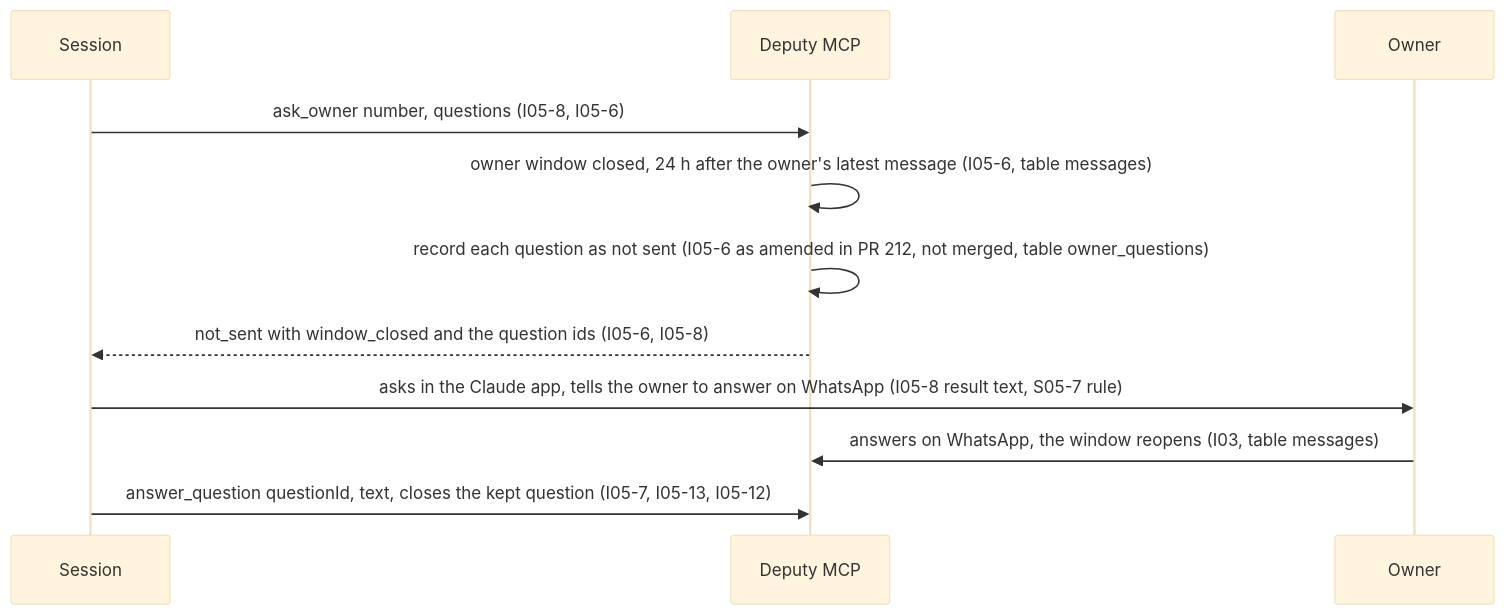
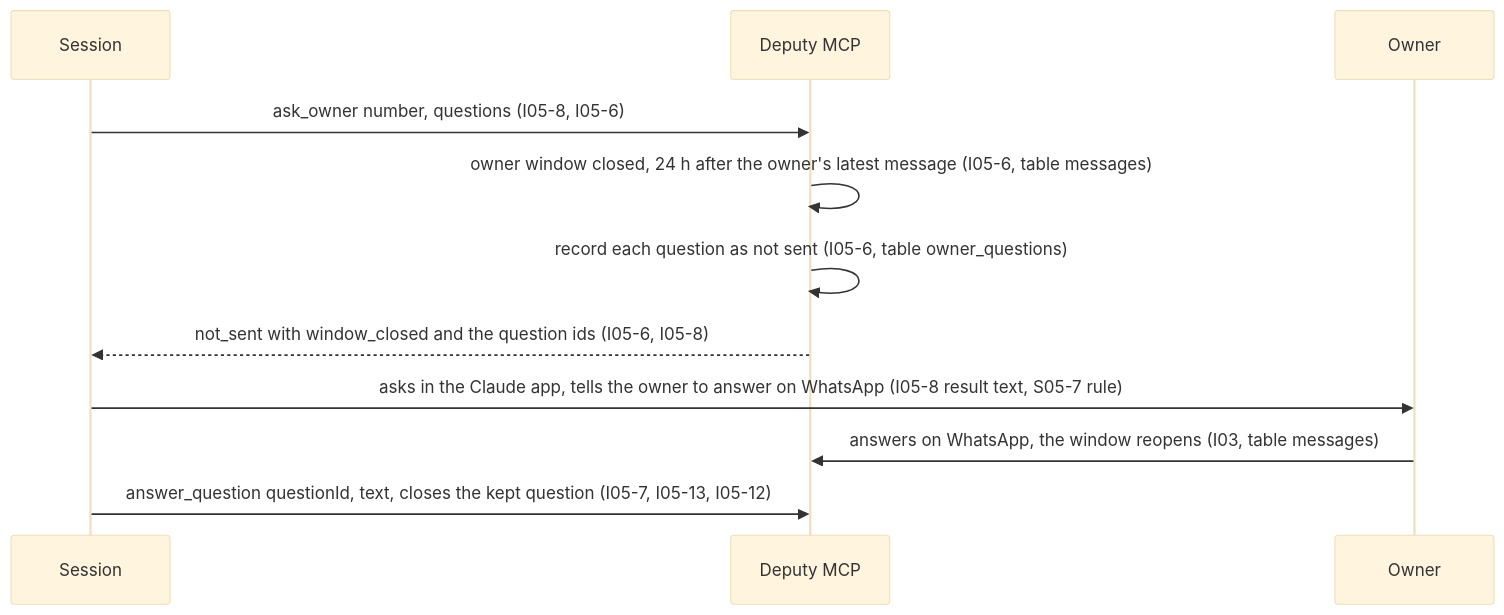
Before and after one commit to antonygiomarxdev/deputy: the sixth of 15 diagrams in docs/tp-detail/TP-pilot-end-to-end.md, drawn with Mermaid (base theme). The commit also changed other lines of this file, not shown here.

Commit message:
docs: drop the GAP marks that merged specs closed

````diff
--- a/docs/tp-detail/TP-pilot-end-to-end.md
+++ b/docs/tp-detail/TP-pilot-end-to-end.md
@@ -172,13 +172,13 @@
 ```mermaid
 sequenceDiagram
   participant S as Session
   participant M as Deputy MCP
   participant O as Owner
   S->>M: ask_owner number, questions (I05-8, I05-6)
   M->>M: owner window closed, 24 h after the owner's latest message (I05-6, table messages)
-  M->>M: record each question as not sent (I05-6 as amended in PR 212, not merged, table owner_questions)
+  M->>M: record each question as not sent (I05-6, table owner_questions)
   M-->>S: not_sent with window_closed and the question ids (I05-6, I05-8)
   S->>O: asks in the Claude app, tells the owner to answer on WhatsApp (I05-8 result text, S05-7 rule)
   O->>M: answers on WhatsApp, the window reopens (I03, table messages)
   S->>M: answer_question questionId, text, closes the kept question (I05-7, I05-13, I05-12)
 ```
````
